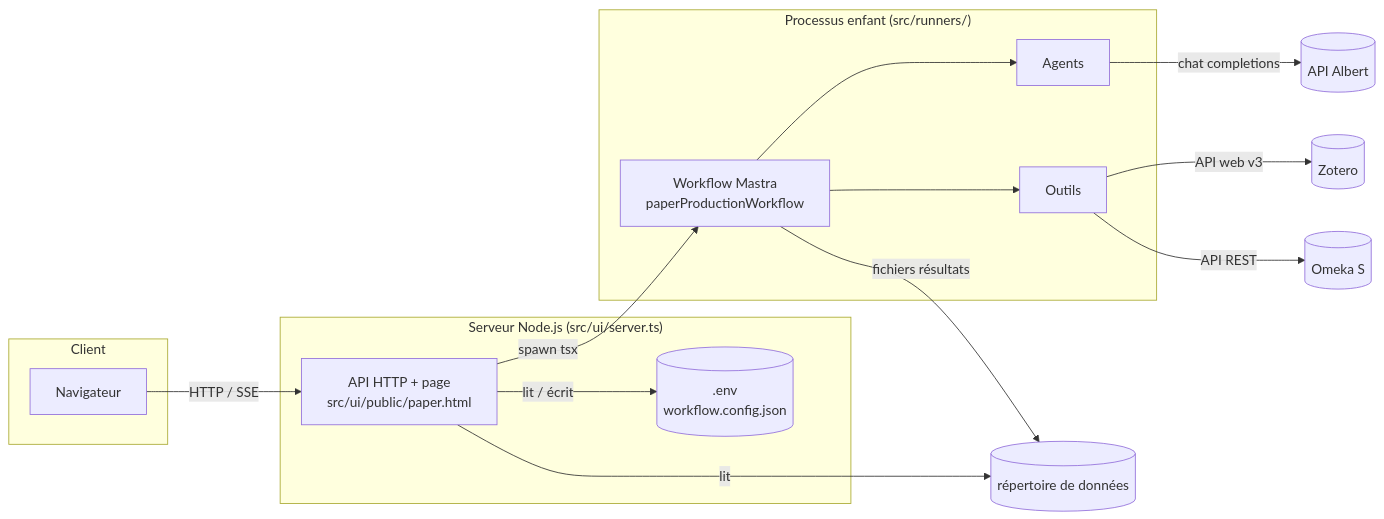
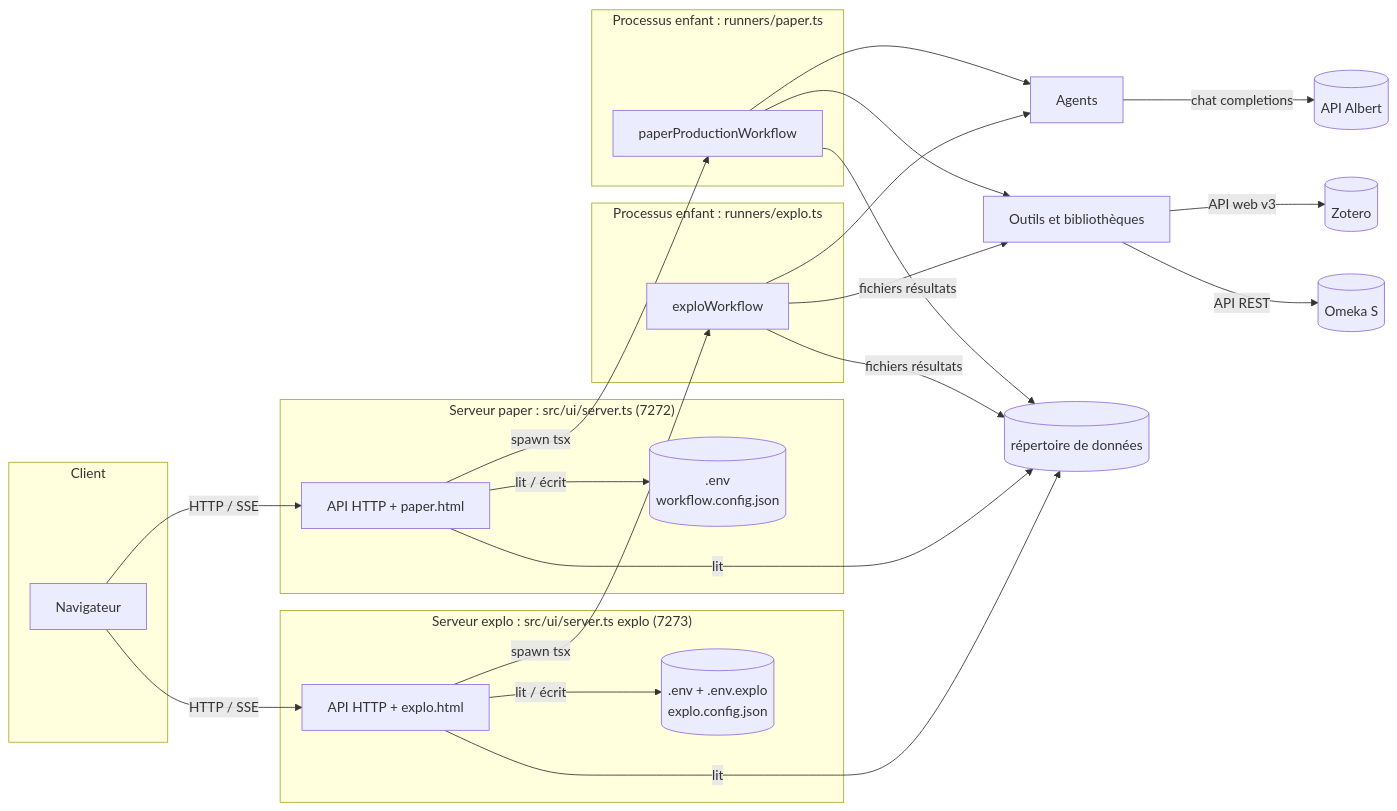
One commit to samszo/ecosysteme-agents-recherche changed the first of 8 diagrams in docs/technique.md. Above: the diagram before and after it, drawn with Mermaid. The commit also changed other lines of this file and 10 other files, not shown here.

````diff
--- a/docs/technique.md
+++ b/docs/technique.md
@@ -7,25 +16,35 @@
 ```mermaid
 flowchart LR
     subgraph Client
         NAV[Navigateur]
     end
-    subgraph Serveur["Serveur Node.js (src/ui/server.ts)"]
-        UI[API HTTP + page<br/>src/ui/public/paper.html]
-        CFG[(.env<br/>workflow.config.json)]
+    subgraph S1["Serveur paper : src/ui/server.ts (7272)"]
+        UI1[API HTTP + paper.html]
+        CFG1[(.env<br/>workflow.config.json)]
     end
-    subgraph Traitement["Processus enfant (src/runners/)"]
-        WF[Workflow Mastra<br/>paperProductionWorkflow]
-        AG[Agents]
-        TL[Outils]
+    subgraph S2["Serveur explo : src/ui/server.ts explo (7273)"]
+        UI2[API HTTP + explo.html]
+        CFG2[(.env + .env.explo<br/>explo.config.json)]
     end
-    NAV -- HTTP / SSE --> UI
-    UI -- lit / écrit --> CFG
-    UI -- spawn tsx --> WF
-    WF --> AG
-    WF --> TL
+    subgraph T1["Processus enfant : runners/paper.ts"]
+        WF1[paperProductionWorkflow]
+    end
+    subgraph T2["Processus enfant : runners/explo.ts"]
+        WF2[exploWorkflow]
+    end
+    AG[Agents]
+    TL[Outils et bibliothèques]
+    NAV -- HTTP / SSE --> UI1
+    NAV -- HTTP / SSE --> UI2
+    UI1 -- lit / écrit --> CFG1
+    UI2 -- lit / écrit --> CFG2
+    UI1 -- spawn tsx --> WF1
+    UI2 -- spawn tsx --> WF2
+    WF1 & WF2 --> AG
+    WF1 & WF2 --> TL
     AG -- chat completions --> ALB[(API Albert)]
     TL -- API web v3 --> ZOT[(Zotero)]
     TL -- API REST --> OMK[(Omeka S)]
-    WF -- fichiers résultats --> FS[(répertoire de données)]
-    UI -- lit --> FS
+    WF1 & WF2 -- fichiers résultats --> FS[(répertoire de données)]
+    UI1 & UI2 -- lit --> FS
 ```
````
